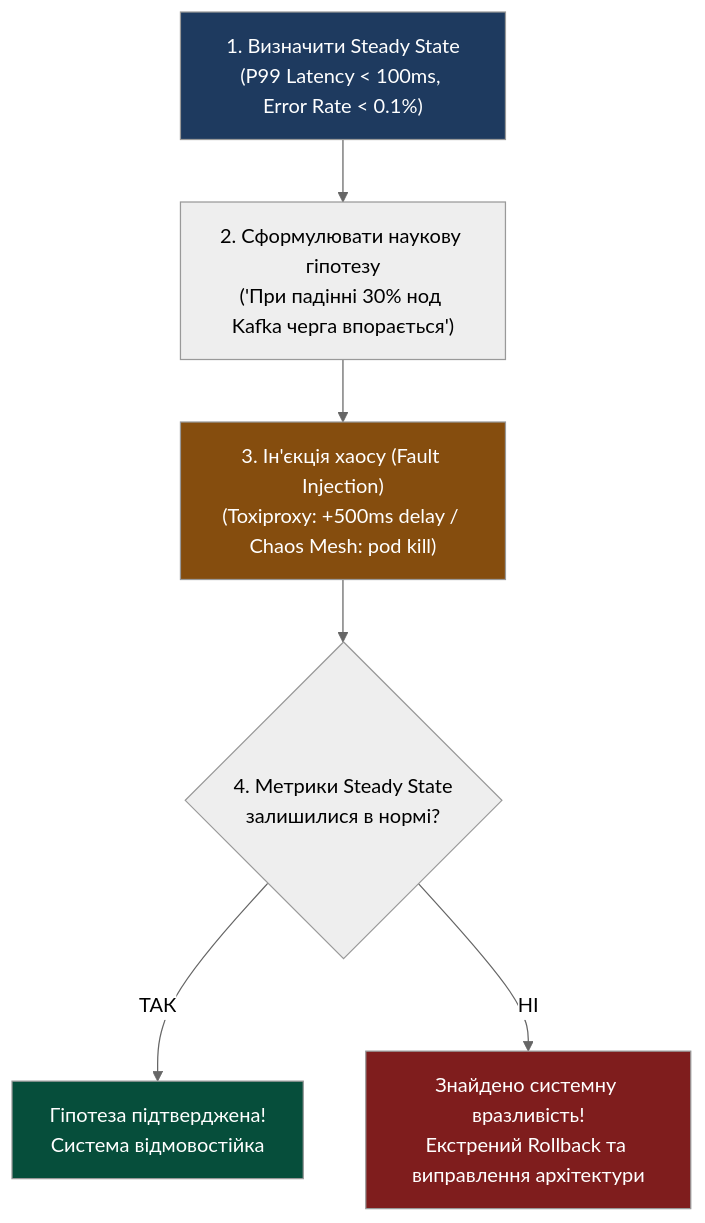
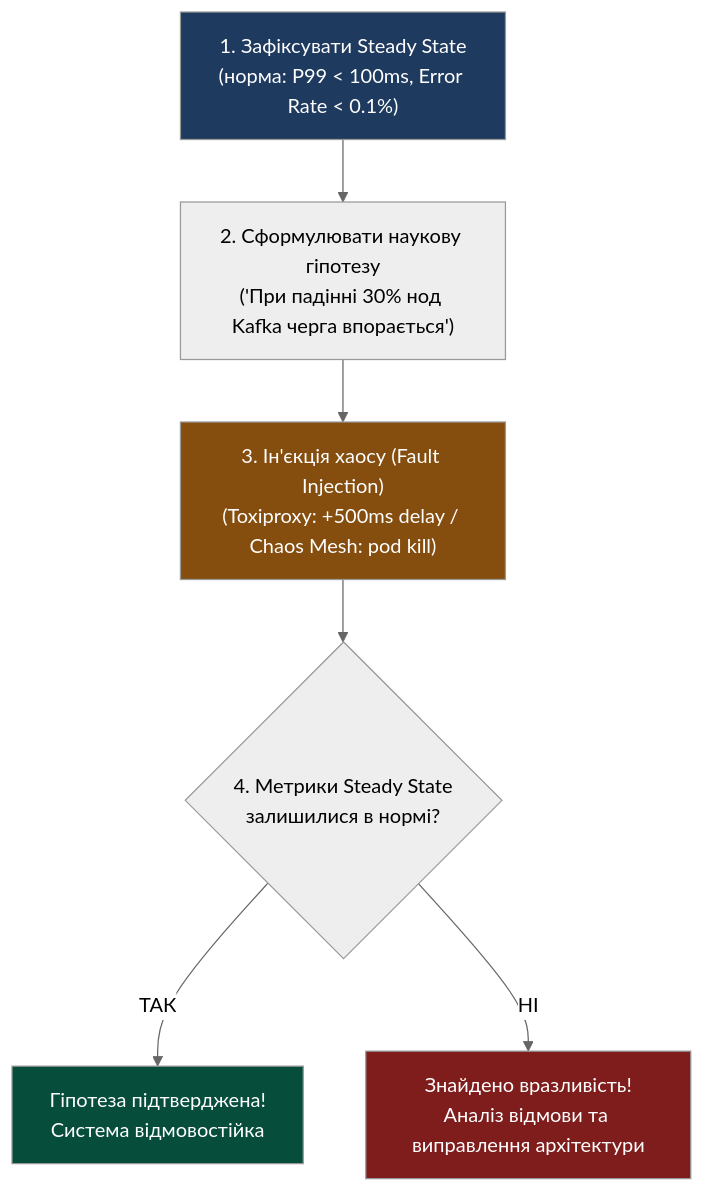
One commit to vplanto/cloud_grid changed the diagram in docs/10_finops_resilience_synthesis.md. Above: the diagram before and after it, drawn with Mermaid (neutral theme). The commit also changed other lines of this file, not shown here.

````diff
--- a/docs/10_finops_resilience_synthesis.md
+++ b/docs/10_finops_resilience_synthesis.md
@@ -113,13 +120,13 @@
 ```mermaid
 flowchart TD
-    STATE["1. Визначити Steady State<br>(P99 Latency < 100ms, Error Rate < 0.1%)"] --> HYPO["2. Сформулювати наукову гіпотезу<br>('При падінні 30% нод Kafka черга впорається')"]
+    STATE["1. Зафіксувати Steady State<br>(норма: P99 < 100ms, Error Rate < 0.1%)"] --> HYPO["2. Сформулювати наукову гіпотезу<br>('При падінні 30% нод Kafka черга впорається')"]
     HYPO --> INJECT["3. Ін'єкція хаосу (Fault Injection)<br>(Toxiproxy: +500ms delay / Chaos Mesh: pod kill)"]
     INJECT --> MONITOR{"4. Метрики Steady State<br>залишилися в нормі?"}
     MONITOR -- ТАК --> WIN["Гіпотеза підтверджена!<br>Система відмовостійка"]
-    MONITOR -- НІ --> ALERT["Знайдено системну вразливість!<br>Екстрений Rollback та виправлення архітектури"]
+    MONITOR -- НІ --> ALERT["Знайдено вразливість!<br>Аналіз відмови та виправлення архітектури"]
 
     style STATE fill:#1e3a5f,color:#fff
     style INJECT fill:#854d0e,color:#fff
     style WIN fill:#064e3b,color:#fff
     style ALERT fill:#7f1d1d,color:#fff
 ```
````
